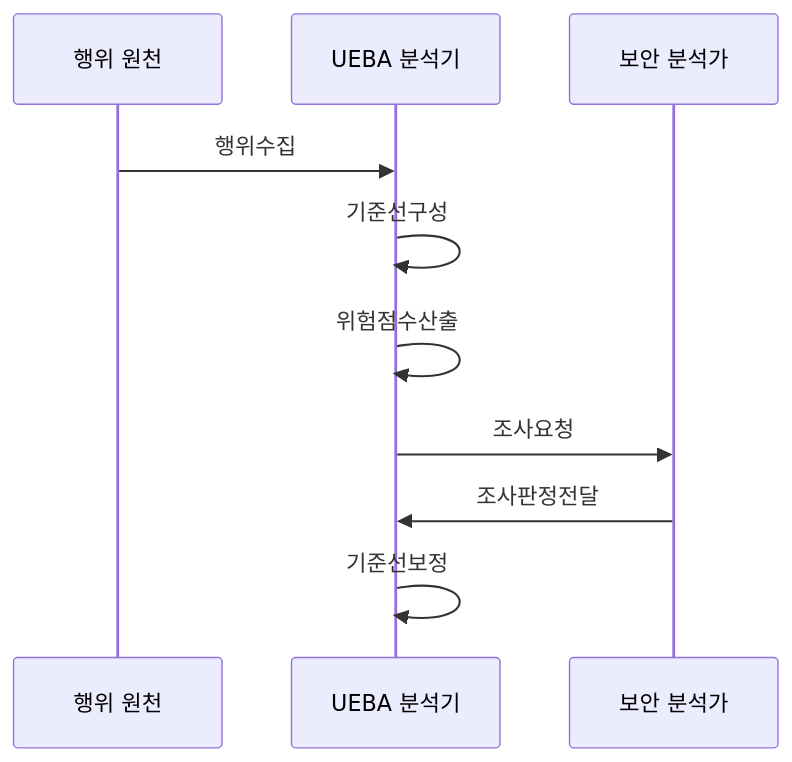
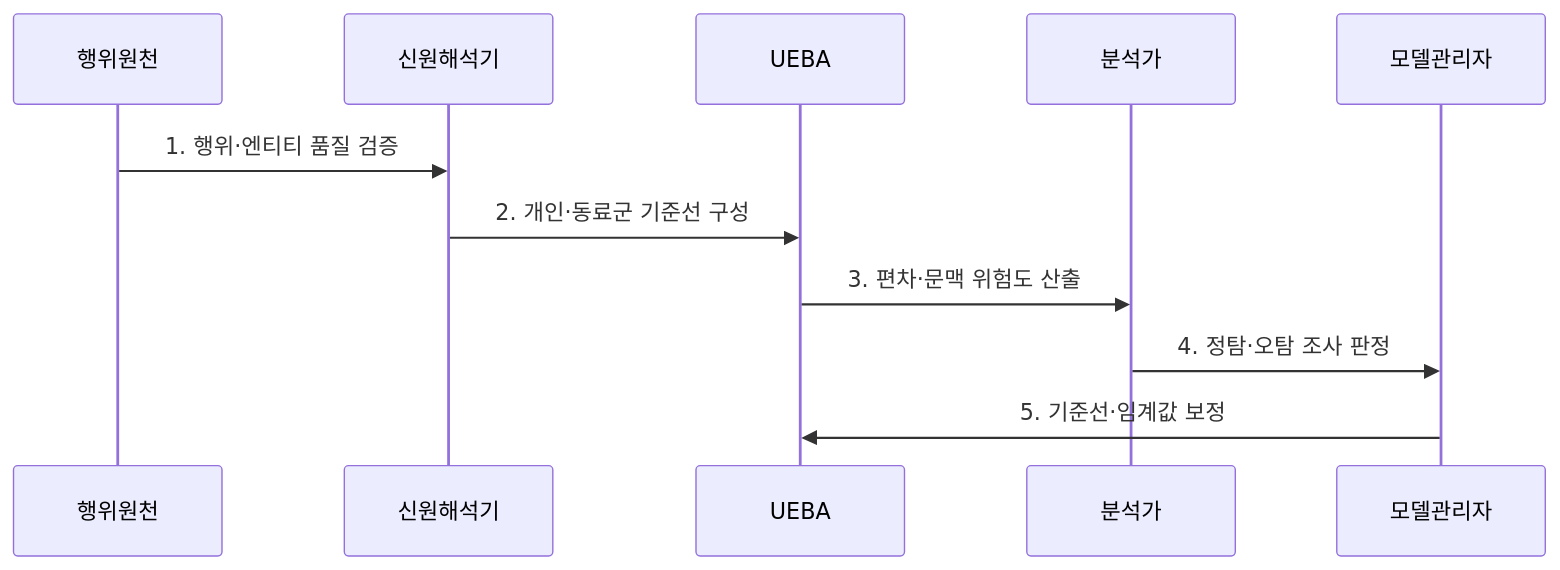
The second of 2 diagrams in src/content/docs/notes/05-security/038_ueba.md (agnusdei1207/knowledge-base), drawn with Mermaid before and after one commit. The commit also changed other lines of this file and 11 other files, not shown here.

````diff
--- a/src/content/docs/notes/05-security/038_ueba.md
+++ b/src/content/docs/notes/05-security/038_ueba.md
@@ -86,12 +79,13 @@
 ```mermaid
 sequenceDiagram
-    participant S as 행위 원천
-    participant U as UEBA 분석기
-    participant A as 보안 분석가
-    S->>U: 행위수집
-    U->>U: 기준선구성
-    U->>U: 위험점수산출
-    U->>A: 조사요청
-    A->>U: 조사판정전달
-    U->>U: 기준선보정
+    participant 행위원천
+    participant 신원해석기
+    participant UEBA
+    participant 분석가
+    participant 모델관리자
+    행위원천->>신원해석기: 1. 행위·엔티티 품질 검증
+    신원해석기->>UEBA: 2. 개인·동료군 기준선 구성
+    UEBA->>분석가: 3. 편차·문맥 위험도 산출
+    분석가->>모델관리자: 4. 정탐·오탐 조사 판정
+    모델관리자->>UEBA: 5. 기준선·임계값 보정
 ```
````
